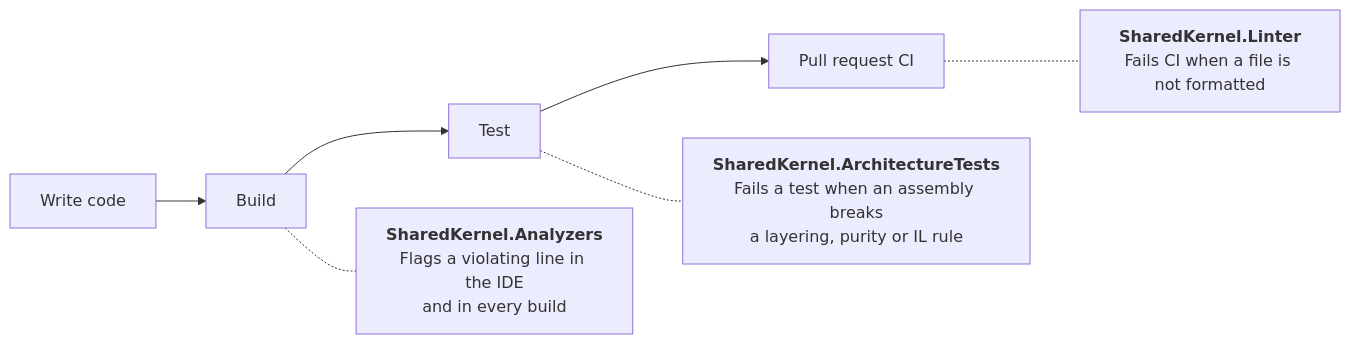
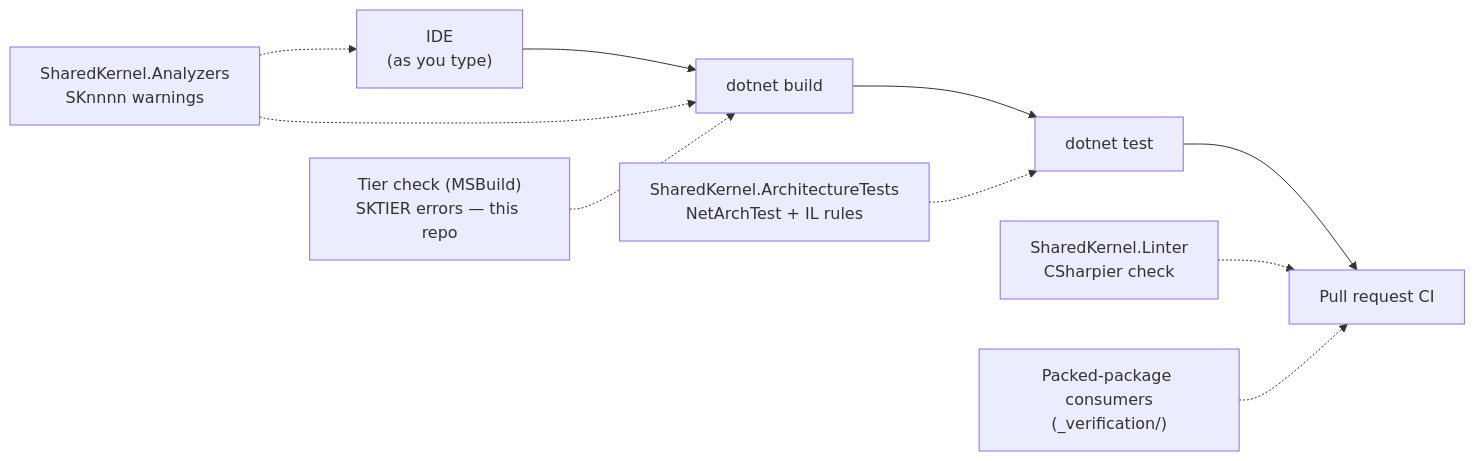
Before and after one commit to Gresta-Vertex-Labs/platform-shared-kernel: the diagram in 00.Governance/README.md, drawn with Mermaid. The commit also changed other lines of this file and 639 other files, not shown here.

````diff
--- a/00.Governance/README.md
+++ b/00.Governance/README.md
@@ -29,8 +42,11 @@
 ```mermaid
 flowchart LR
-    edit["Write code"] --> build["Build"] --> test["Test"] --> ci["Pull request CI"]
+    ide["IDE<br/>(as you type)"] --> build["dotnet build"] --> test["dotnet test"] --> ci["Pull request CI"]
 
-    build -.- analyzers["<b>SharedKernel.Analyzers</b><br/>Flags a violating line in the IDE<br/>and in every build"]
-    test -.- arch["<b>SharedKernel.ArchitectureTests</b><br/>Fails a test when an assembly breaks<br/>a layering, purity or IL rule"]
-    ci -.- linter["<b>SharedKernel.Linter</b><br/>Fails CI when a file is not formatted"]
+    an["SharedKernel.Analyzers<br/>SKnnnn warnings"] -.-> ide
+    an -.-> build
+    tier["Tier check (MSBuild)<br/>SKTIER errors — this repo"] -.-> build
+    arch["SharedKernel.ArchitectureTests<br/>NetArchTest + IL rules"] -.-> test
+    lint["SharedKernel.Linter<br/>CSharpier check"] -.-> ci
+    verify["Packed-package consumers<br/>(_verification/)"] -.-> ci
 ```
````
